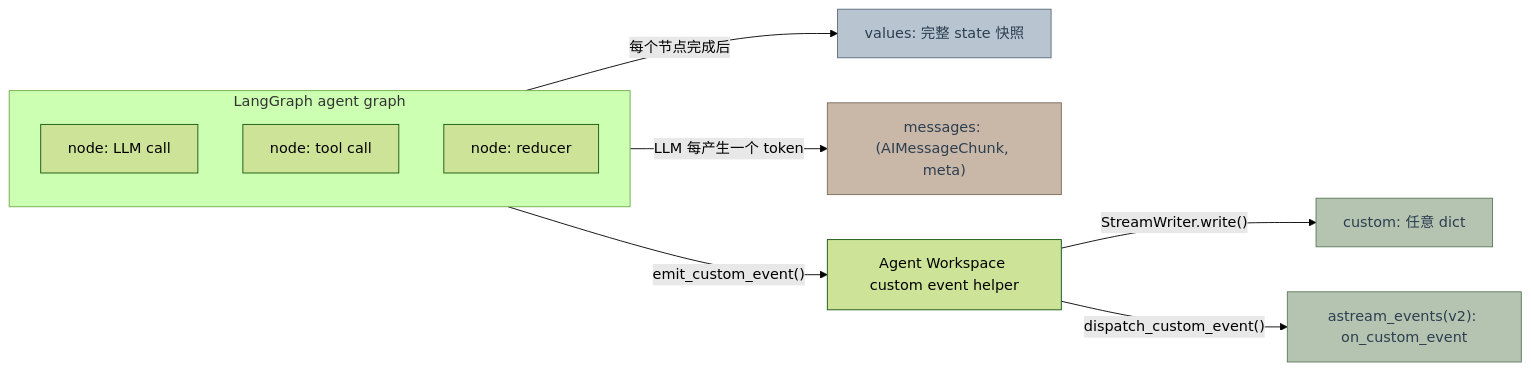
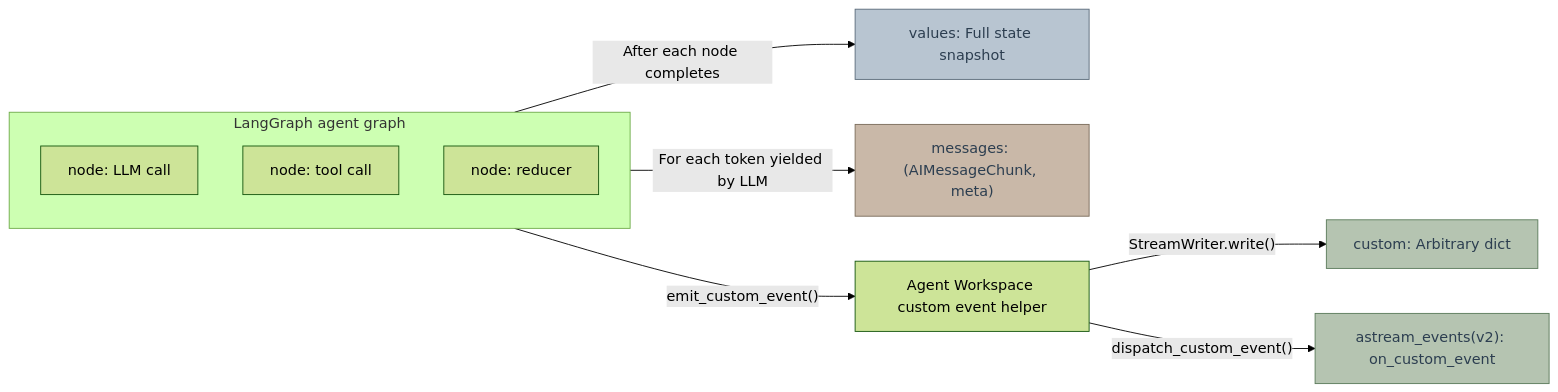
One commit to itsPremkumar/alpha changed the first of 4 diagrams in backend/docs/STREAMING.md. Above: the diagram before and after it, drawn with Mermaid (forest theme). The commit also changed other lines of this file and 60 other files, not shown here.

````diff
--- a/backend/docs/STREAMING.md
+++ b/backend/docs/STREAMING.md
@@ -53,24 +53,24 @@
 ```mermaid
 flowchart LR
     classDef values fill:#B8C5D1,stroke:#5A6B7A,color:#2C3E50
     classDef messages fill:#C9B8A8,stroke:#7A6B5A,color:#2C3E50
     classDef custom fill:#B5C4B1,stroke:#5A7A5A,color:#2C3E50
 
     subgraph LG["LangGraph agent graph"]
         direction TB
         Node1["node: LLM call"]
         Node2["node: tool call"]
         Node3["node: reducer"]
     end
 
-    LG -->|"每个节点完成后"| V["values: 完整 state 快照"]
-    Node1 -->|"LLM 每产生一个 token"| M["messages: (AIMessageChunk, meta)"]
+    LG -->|"After each node completes"| V["values: Full state snapshot"]
+    Node1 -->|"For each token yielded by LLM"| M["messages: (AIMessageChunk, meta)"]
     Node1 -->|"emit_custom_event()"| E["Agent Workspace custom event helper"]
-    E -->|"StreamWriter.write()"| C["custom: 任意 dict"]
+    E -->|"StreamWriter.write()"| C["custom: Arbitrary dict"]
     E -->|"dispatch_custom_event()"| A["astream_events(v2): on_custom_event"]
 
     class V values
     class M messages
     class C custom
     class A custom
 ```
````
